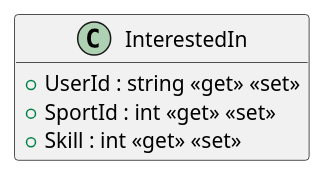
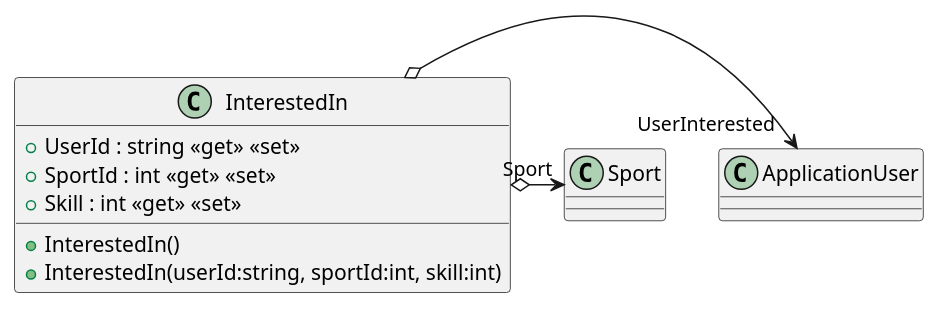
Before and after one commit to ISII2627Erasmus/Barca: the diagram in src/AppForSEII.API/ClassDiagram/InterestedIn.puml, drawn with PlantUML. The commit also changed 14 other files, not shown here.

Commit message:
Modify PurchaseStatus class and add class diagram files

```diff
--- a/src/AppForSEII.API/ClassDiagram/InterestedIn.puml
+++ b/src/AppForSEII.API/ClassDiagram/InterestedIn.puml
@@ -1,10 +1,11 @@
 @startuml
-hide methods
 class InterestedIn {
+    + InterestedIn()
+    + InterestedIn(userId:string, sportId:int, skill:int)
     + UserId : string <<get>> <<set>>
     + SportId : int <<get>> <<set>>
     + Skill : int <<get>> <<set>>
-    + InterestedIn()
-    + InterestedIn(userId:string, sportId:int, skill:int)
 }
+InterestedIn o-> "UserInterested" ApplicationUser
+InterestedIn o-> "Sport" Sport
 @enduml
```
